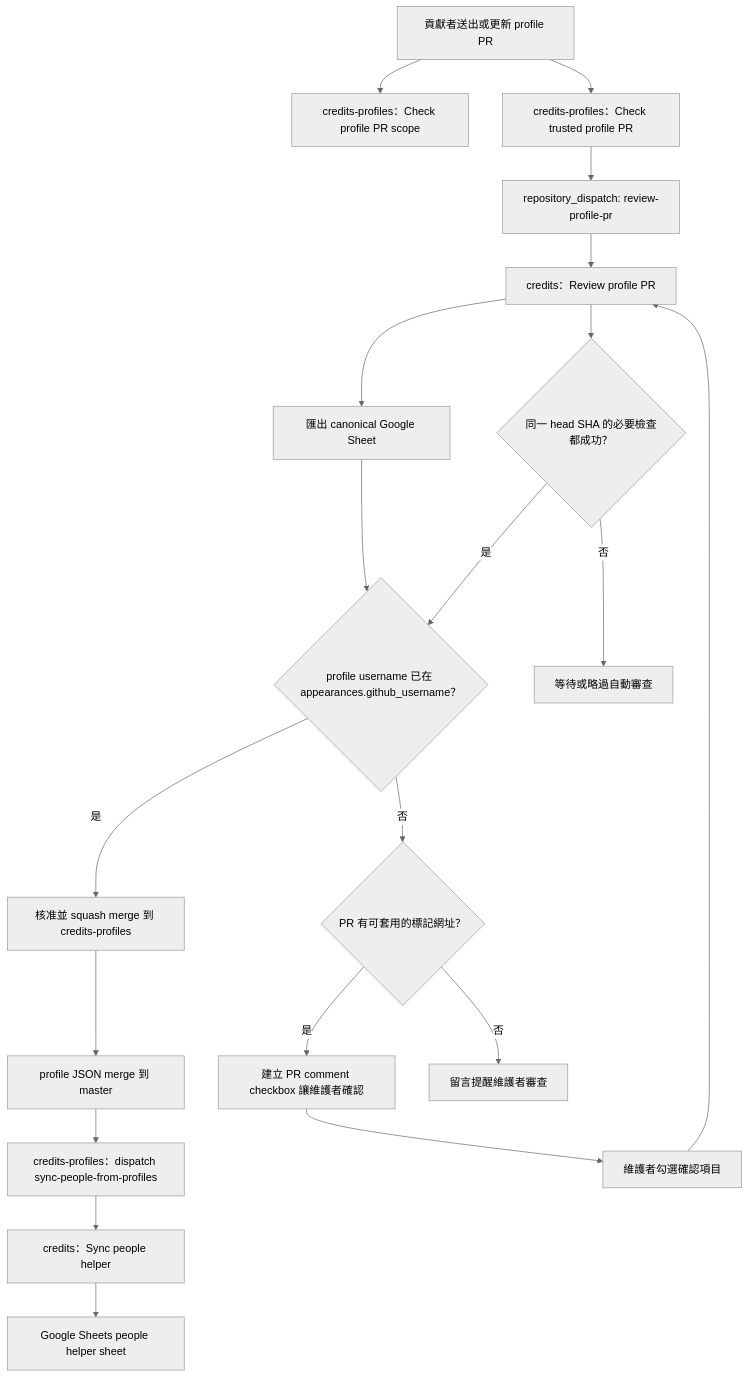
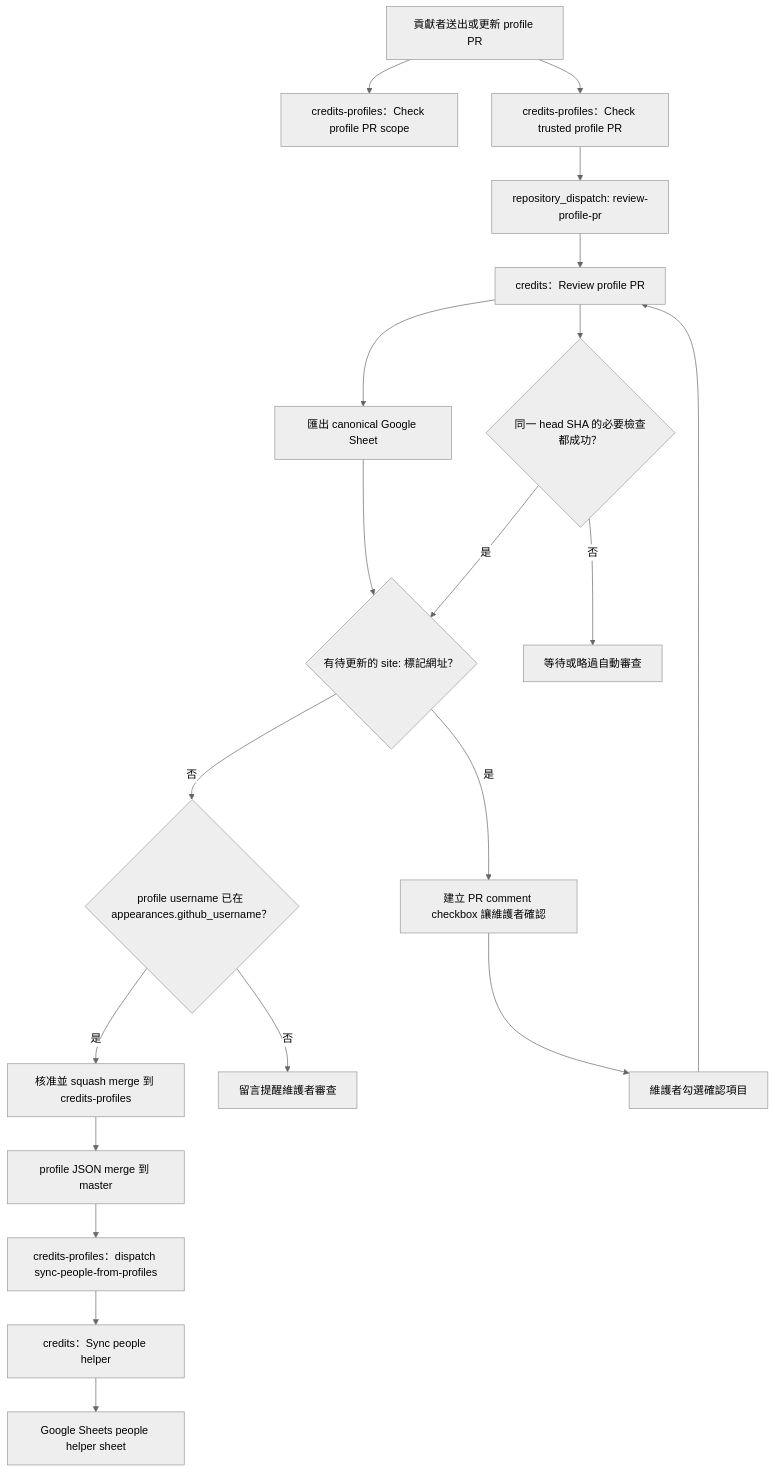
The first of 4 diagrams in docs/workflows.md (sitcon-tw/credits), drawn with Mermaid (neutral theme) before and after one commit. The commit also changed other lines of this file and 5 other files, not shown here.

````diff
--- a/docs/workflows.md
+++ b/docs/workflows.md
@@ -9,22 +9,22 @@
 ```mermaid
 flowchart TD
   contributor["貢獻者送出或更新 profile PR"] --> guard["credits-profiles：Check profile PR scope"]
   contributor --> trusted["credits-profiles：Check trusted profile PR"]
   trusted --> dispatchReview["repository_dispatch: review-profile-pr"]
   dispatchReview --> review["credits：Review profile PR"]
   review --> exportSheet["匯出 canonical Google Sheet"]
   review --> checkStatus{"同一 head SHA 的必要檢查都成功？"}
-  exportSheet --> checkAppearance{"profile username 已在 appearances.github_username？"}
-  checkStatus -->|是| checkAppearance
+  exportSheet --> claimCheck{"有待更新的 site: 標記網址？"}
+  checkStatus -->|是| claimCheck
   checkStatus -->|否| waitOrSkip["等待或略過自動審查"]
+  claimCheck -->|是| confirmCheck["建立 PR comment checkbox 讓維護者確認"]
+  claimCheck -->|否| checkAppearance{"profile username 已在 appearances.github_username？"}
   checkAppearance -->|是| approveMerge["核准並 squash merge 到 credits-profiles"]
-  checkAppearance -->|否| claimCheck{"PR 有可套用的標記網址？"}
-  claimCheck -->|是| confirmCheck["建立 PR comment checkbox 讓維護者確認"]
-  claimCheck -->|否| maintainerComment["留言提醒維護者審查"]
+  checkAppearance -->|否| maintainerComment["留言提醒維護者審查"]
   confirmCheck --> applyClaims["維護者勾選確認項目"]
   applyClaims --> review
   approveMerge --> merged["profile JSON merge 到 master"]
   merged --> syncDispatch["credits-profiles：dispatch sync-people-from-profiles"]
   syncDispatch --> syncPeople["credits：Sync people helper"]
   syncPeople --> peopleSheet["Google Sheets people helper sheet"]
 ```
````
